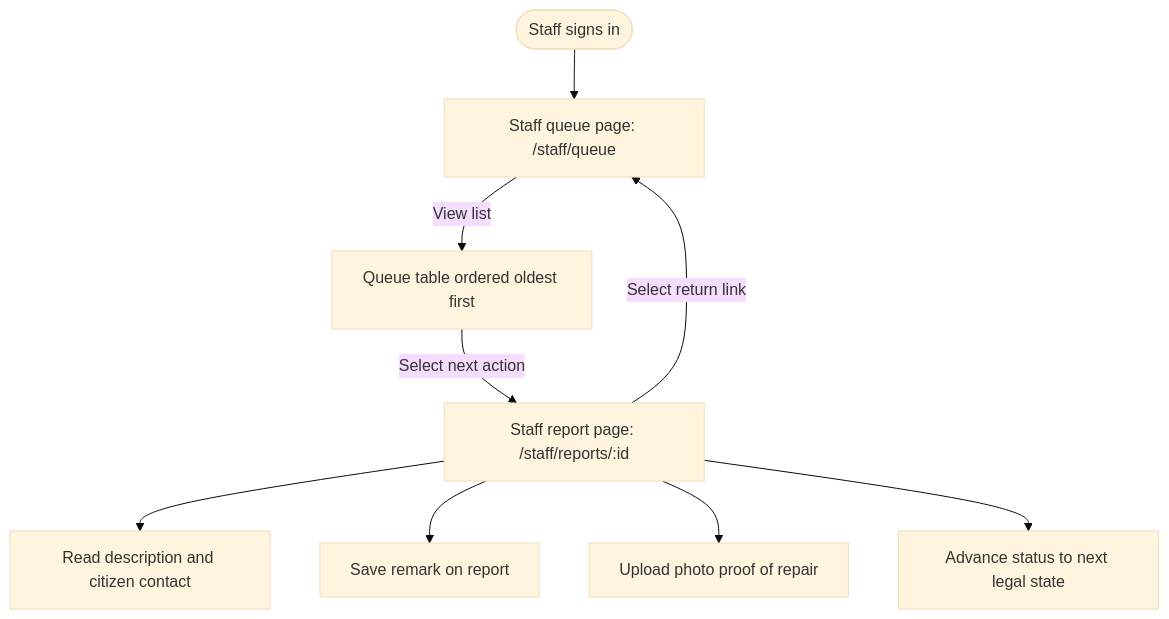
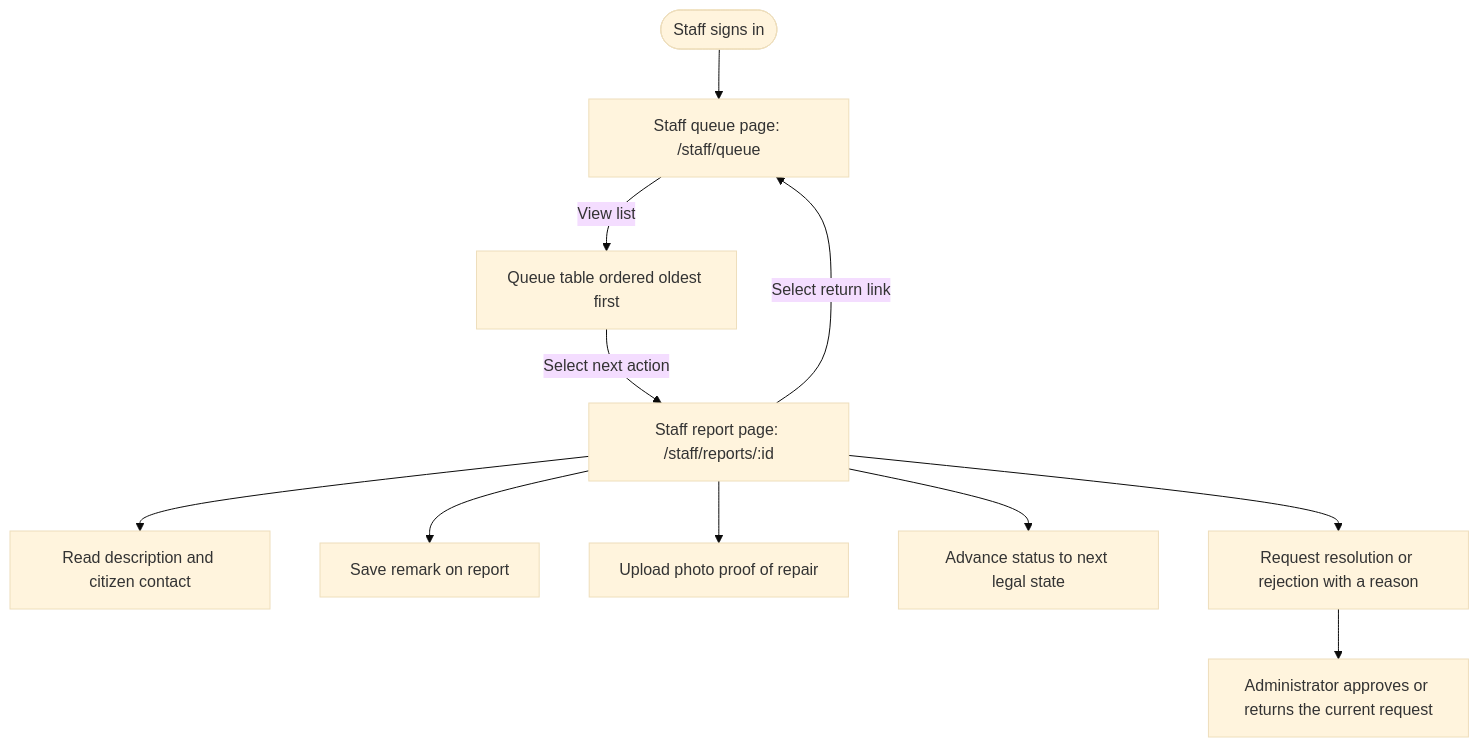
The fourth of 5 diagrams in docs/DEVELOPER_JOURNEYS.md (10Plaiz/its122p-NO), drawn with Mermaid (base theme) before and after one commit. The commit also changed other lines of this file and 9 other files, not shown here.

````diff
--- a/docs/DEVELOPER_JOURNEYS.md
+++ b/docs/DEVELOPER_JOURNEYS.md
@@ -166,14 +178,16 @@
 ```mermaid
 flowchart TD
     StaffStart(["Staff signs in"]) --> Queue["Staff queue page: /staff/queue"]
     
     Queue -->|"View list"| QueueTable["Queue table ordered oldest first"]
     QueueTable -->|"Select next action"| StaffDetail["Staff report page: /staff/reports/:id"]
     
     StaffDetail --> InspectInfo["Read description and citizen contact"]
     StaffDetail --> AddNote["Save remark on report"]
     StaffDetail --> UploadPhoto["Upload photo proof of repair"]
     StaffDetail --> NextStep["Advance status to next legal state"]
+    StaffDetail --> Closure["Request resolution or rejection with a reason"]
+    Closure --> AdminReview["Administrator approves or returns the current request"]
     
     StaffDetail -->|"Select return link"| Queue
 ```
````
